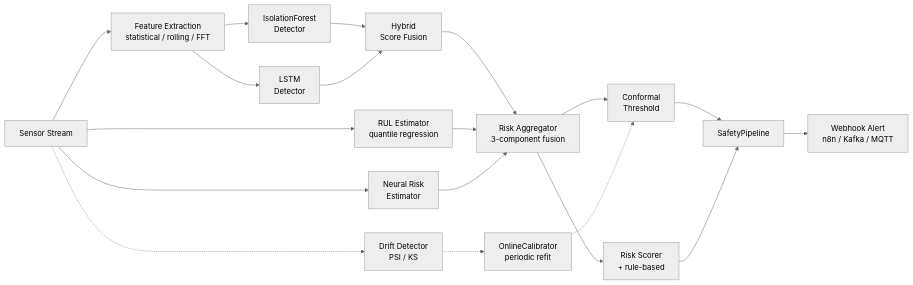
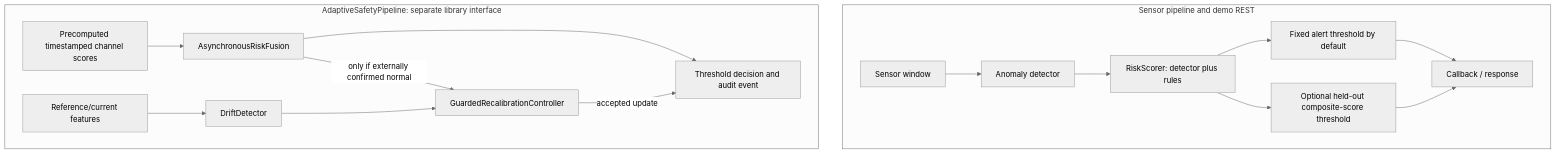
The diagram in README.md (Allarayzer/ai-industrial-predictive-safety), drawn with Mermaid (neutral theme) before and after one commit. The commit also changed other lines of this file and 47 other files, not shown here.

````diff
--- a/README.md
+++ b/README.md
@@ -99,21 +63,19 @@
 ```mermaid
-flowchart LR
-    A[Sensor Stream] --> B[Feature Extraction<br/>statistical / rolling / FFT]
-    B --> C1[IsolationForest<br/>Detector]
-    B --> C2[LSTM<br/>Detector]
-    C1 --> D[Hybrid<br/>Score Fusion]
-    C2 --> D
-    A --> E[RUL Estimator<br/>quantile regression]
-    A --> F[Neural Risk<br/>Estimator]
-    D --> G[Risk Aggregator<br/>3-component fusion]
-    E --> G
-    F --> G
-    G --> H[Conformal<br/>Threshold]
-    G --> I[Risk Scorer<br/>+ rule-based]
-    H --> J[SafetyPipeline]
-    I --> J
-    J --> K[Webhook Alert<br/>n8n / Kafka / MQTT]
-    A -.-> L[Drift Detector<br/>PSI / KS]
-    L -.-> M[OnlineCalibrator<br/>periodic refit]
-    M -.-> H
+flowchart TB
+    subgraph sensor[Sensor pipeline and demo REST]
+        A[Sensor window] --> B[Anomaly detector]
+        B --> C[RiskScorer: detector plus rules]
+        C --> D[Fixed alert threshold by default]
+        C --> E[Optional held-out composite-score threshold]
+        D --> F[Callback / response]
+        E --> F
+    end
+    subgraph adaptive[AdaptiveSafetyPipeline: separate library interface]
+        G[Precomputed timestamped channel scores] --> H[AsynchronousRiskFusion]
+        H --> I[Threshold decision and audit event]
+        J[Reference/current features] --> K[DriftDetector]
+        K --> L[GuardedRecalibrationController]
+        H -->|only if externally confirmed normal| L
+        L -->|accepted update| I
+    end
 ```
````
